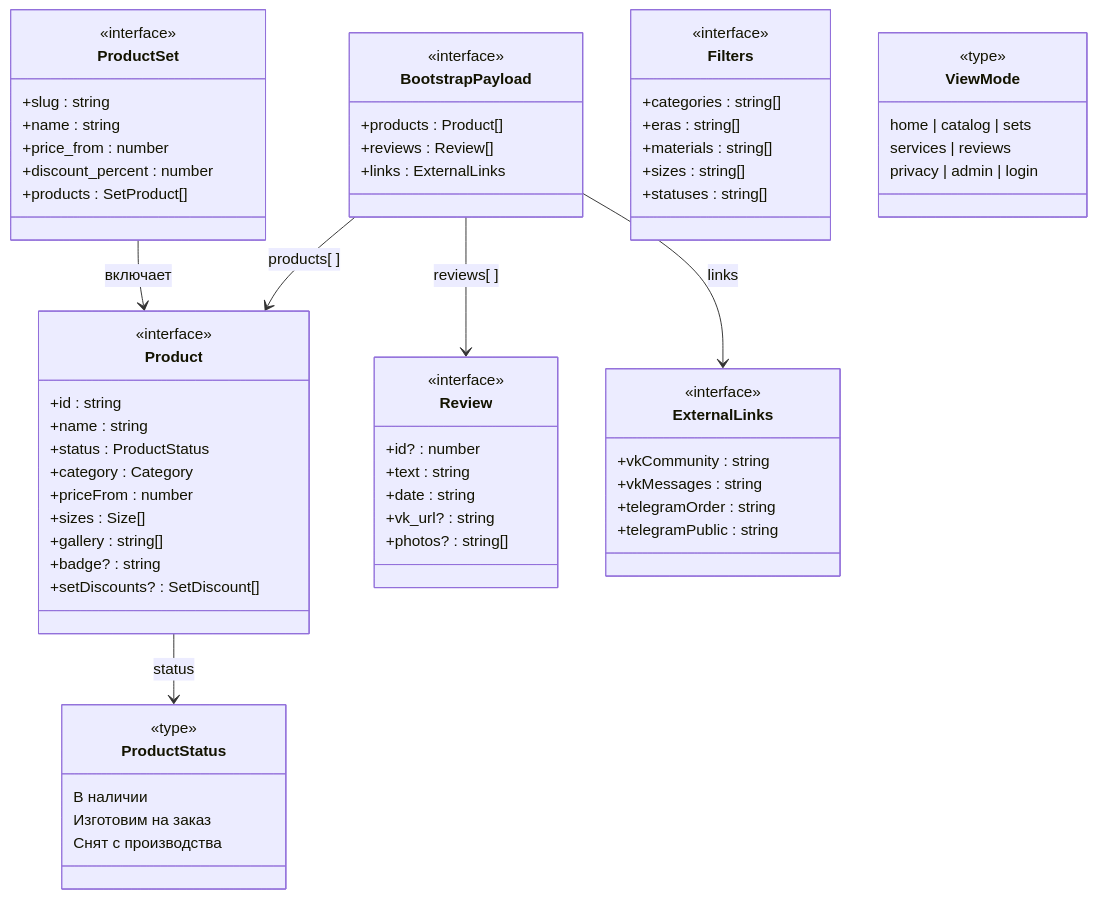
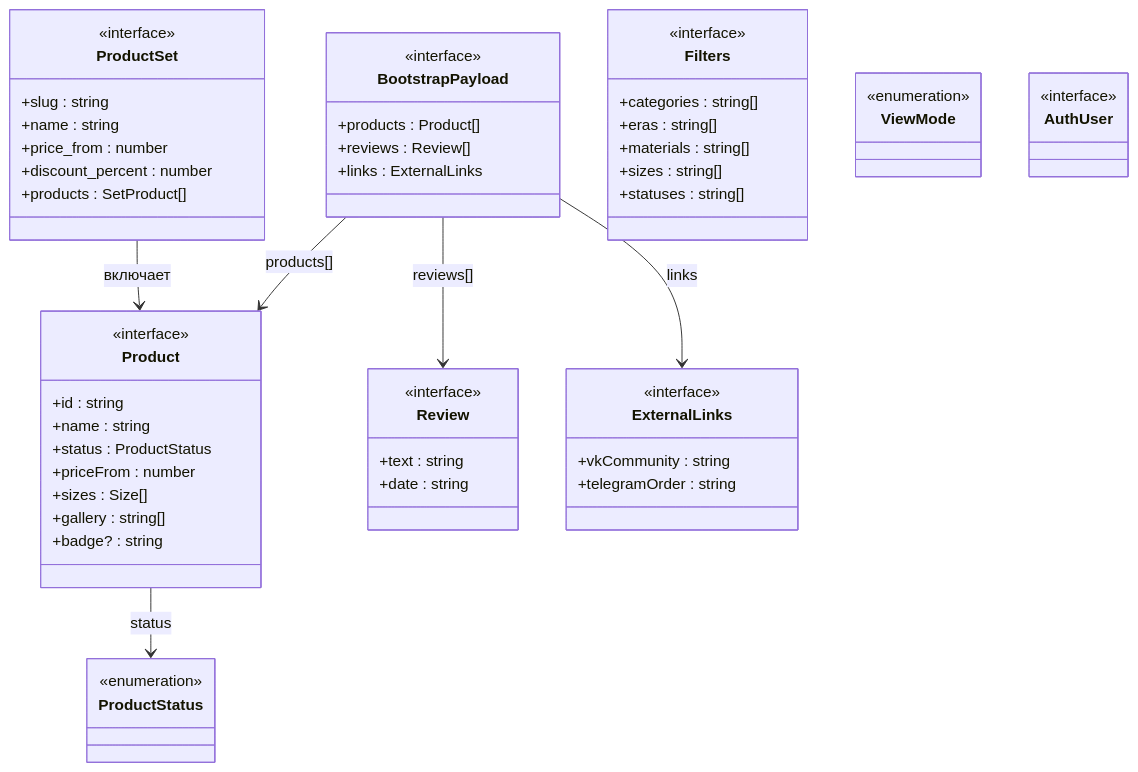
One commit to Morivan/-Calradia changed the diagram in docs/fig7_typescript_uml.mmd. Above: the diagram before and after it, drawn with Mermaid. The commit also changed 2 other files, not shown here.

Commit message:
Simplify diagrams: C4 container for fig3, cleaner UML for fig6/fig7
fig3: replaced deployment graph with C4 Level 2 container diagram
fig6: model classes shown as name-only boxes (no attribute footer),
      views and services retain their methods
fig7: only BootstrapPayload, Product, ProductSet keep field bodies;
      enums and secondary types shown as name-only stereotype boxes

https://claude.ai/code/session_01D3hkvTwHu9An1jnGPvHyaS

```diff
--- a/docs/fig7_typescript_uml.mmd
+++ b/docs/fig7_typescript_uml.mmd
@@ -1,75 +1,68 @@
 classDiagram
+    direction TB
+
     class BootstrapPayload {
         <<interface>>
         +products : Product[]
-        +reviews : Review[]
-        +links : ExternalLinks
+        +reviews  : Review[]
+        +links    : ExternalLinks
     }
 
     class Product {
         <<interface>>
-        +id : string
-        +name : string
-        +status : ProductStatus
-        +category : Category
+        +id        : string
+        +name      : string
+        +status    : ProductStatus
         +priceFrom : number
-        +sizes : Size[]
-        +gallery : string[]
-        +badge? : string
-        +setDiscounts? : SetDiscount[]
+        +sizes     : Size[]
+        +gallery   : string[]
+        +badge?    : string
     }
 
     class ProductSet {
         <<interface>>
-        +slug : string
-        +name : string
-        +price_from : number
+        +slug             : string
+        +name             : string
+        +price_from       : number
         +discount_percent : number
-        +products : SetProduct[]
+        +products         : SetProduct[]
     }
 
     class Review {
         <<interface>>
-        +id? : number
-        +text : string
-        +date : string
-        +vk_url? : string
-        +photos? : string[]
+        +text  : string
+        +date  : string
+    }
+
+    class ExternalLinks {
+        <<interface>>
+        +vkCommunity   : string
+        +telegramOrder : string
     }
 
     class Filters {
         <<interface>>
         +categories : string[]
-        +eras : string[]
-        +materials : string[]
-        +sizes : string[]
-        +statuses : string[]
-    }
-
-    class ExternalLinks {
-        <<interface>>
-        +vkCommunity : string
-        +vkMessages : string
-        +telegramOrder : string
-        +telegramPublic : string
+        +eras       : string[]
+        +materials  : string[]
+        +sizes      : string[]
+        +statuses   : string[]
     }
 
     class ProductStatus {
-        <<type>>
-        В наличии
-        Изготовим на заказ
-        Снят с производства
+        <<enumeration>>
     }
 
     class ViewMode {
-        <<type>>
-        home | catalog | sets
-        services | reviews
-        privacy | admin | login
+        <<enumeration>>
     }
 
-    BootstrapPayload --> Product      : products[ ]
-    BootstrapPayload --> Review       : reviews[ ]
+    class AuthUser {
+        <<interface>>
+    }
+
+    BootstrapPayload --> Product      : products[]
+    BootstrapPayload --> Review       : reviews[]
     BootstrapPayload --> ExternalLinks : links
     Product          --> ProductStatus : status
     ProductSet       --> Product      : включает
```
